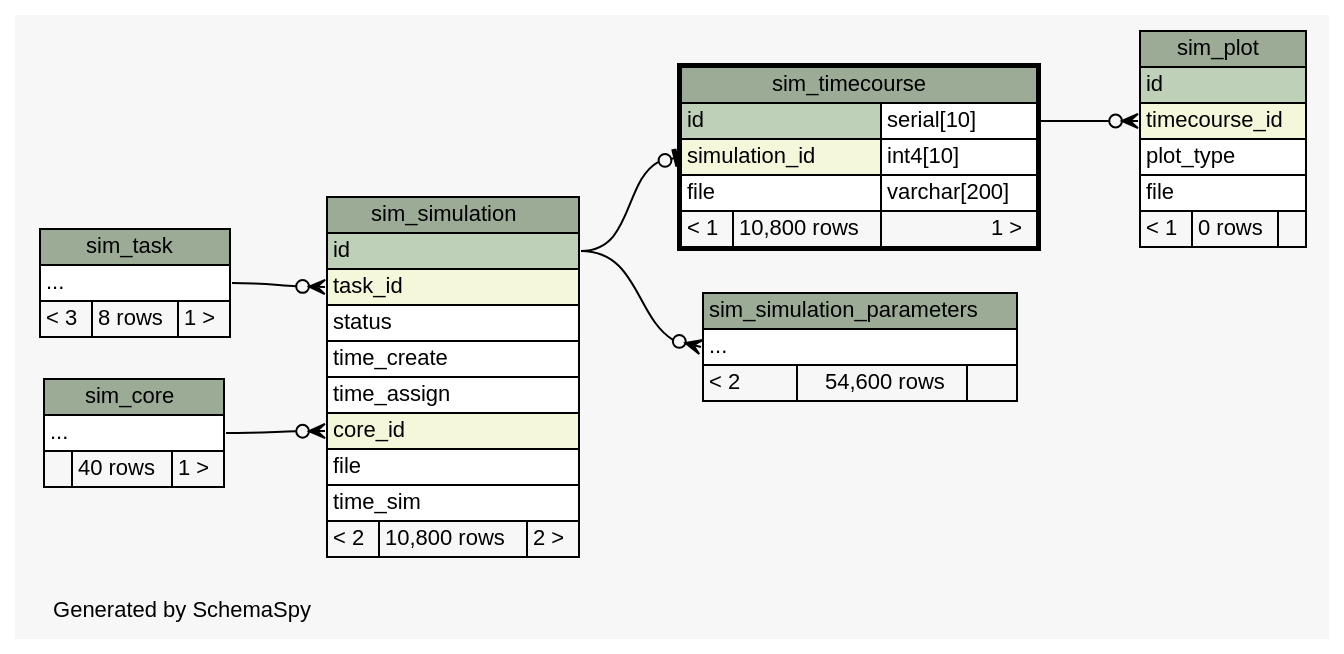
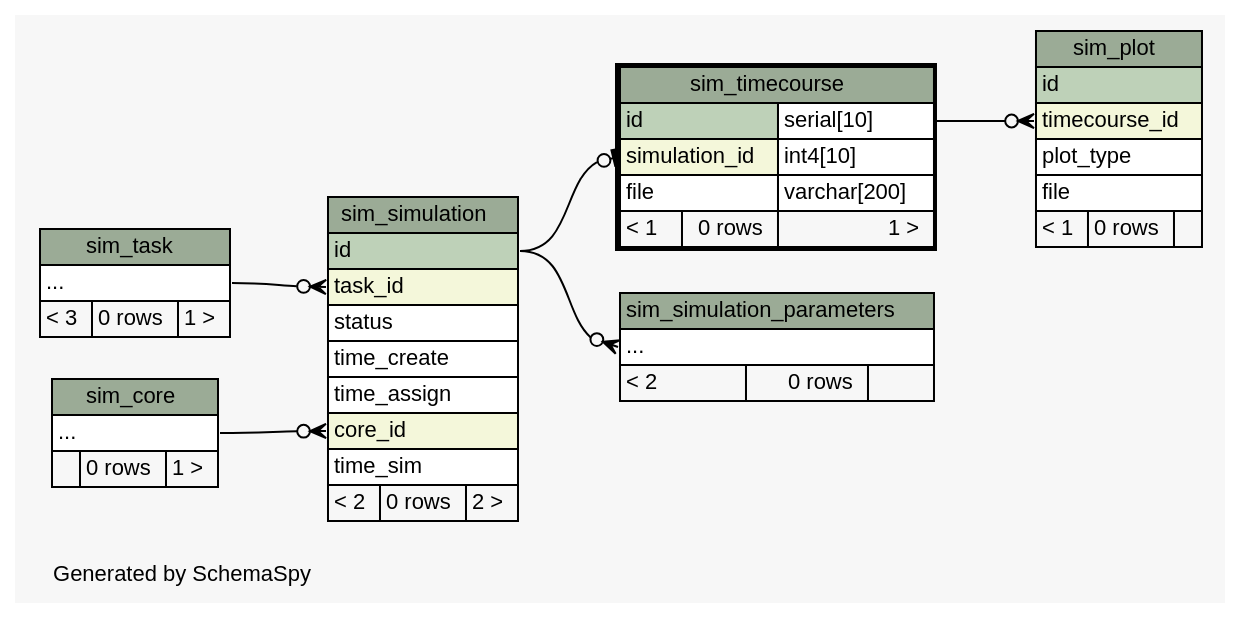
Before and after one commit to jingyayeah/multiscale-galactose: the diagram in database/schema/diagrams/sim_timecourse.2degrees.dot, drawn with Graphviz. The commit also changed 108 other files, not shown here.

Commit message:
Updated database schema for the general implementation of integration settings

```diff
--- a/database/schema/diagrams/sim_timecourse.2degrees.dot
+++ b/database/schema/diagrams/sim_timecourse.2degrees.dot
@@ -1,99 +1,98 @@
 // dot 2.26.3 on Linux 3.11.0-12-generic
 // SchemaSpy rev 590
 digraph "twoDegreesRelationshipsDiagram" {
   graph [
     rankdir="RL"
     bgcolor="#f7f7f7"
     label="\nGenerated by SchemaSpy"
     labeljust="l"
     nodesep="0.18"
     ranksep="0.46"
     fontname="Helvetica"
     fontsize="11"
   ];
   node [
     fontname="Helvetica"
     fontsize="11"
     shape="plaintext"
   ];
   edge [
     arrowsize="0.8"
   ];
   "sim_plot":"timecourse_id":w -> "sim_timecourse":"id.type":e [arrowhead=none dir=back arrowtail=crowodot];
   "sim_simulation":"core_id":w -> "sim_core":"elipses":e [arrowhead=none dir=back arrowtail=crowodot];
   "sim_simulation":"task_id":w -> "sim_task":"elipses":e [arrowhead=none dir=back arrowtail=crowodot];
   "sim_simulation_parameters":"elipses":w -> "sim_simulation":"id":e [arrowhead=none dir=back arrowtail=crowodot];
   "sim_timecourse":"simulation_id":w -> "sim_simulation":"id":e [arrowhead=none dir=back arrowtail=teeodot];
   "sim_core" [
     label=<
     <TABLE BORDER="0" CELLBORDER="1" CELLSPACING="0" BGCOLOR="#ffffff">
       <TR><TD COLSPAN="3" BGCOLOR="#9bab96" ALIGN="CENTER">sim_core</TD></TR>
       <TR><TD PORT="elipses" COLSPAN="3" ALIGN="LEFT">...</TD></TR>
-      <TR><TD ALIGN="LEFT" BGCOLOR="#f7f7f7">  </TD><TD ALIGN="RIGHT" BGCOLOR="#f7f7f7">40 rows</TD><TD ALIGN="RIGHT" BGCOLOR="#f7f7f7">1 &gt;</TD></TR>
+      <TR><TD ALIGN="LEFT" BGCOLOR="#f7f7f7">  </TD><TD ALIGN="RIGHT" BGCOLOR="#f7f7f7">0 rows</TD><TD ALIGN="RIGHT" BGCOLOR="#f7f7f7">1 &gt;</TD></TR>
     </TABLE>>
     URL="sim_core.html"
     tooltip="sim_core"
   ];
   "sim_plot" [
     label=<
     <TABLE BORDER="0" CELLBORDER="1" CELLSPACING="0" BGCOLOR="#ffffff">
       <TR><TD COLSPAN="3" BGCOLOR="#9bab96" ALIGN="CENTER">sim_plot</TD></TR>
       <TR><TD PORT="id" COLSPAN="3" BGCOLOR="#bed1b8" ALIGN="LEFT">id</TD></TR>
       <TR><TD PORT="timecourse_id" COLSPAN="3" BGCOLOR="#f4f7da" ALIGN="LEFT">timecourse_id</TD></TR>
       <TR><TD PORT="plot_type" COLSPAN="3" ALIGN="LEFT">plot_type</TD></TR>
       <TR><TD PORT="file" COLSPAN="3" ALIGN="LEFT">file</TD></TR>
       <TR><TD ALIGN="LEFT" BGCOLOR="#f7f7f7">&lt; 1</TD><TD ALIGN="RIGHT" BGCOLOR="#f7f7f7">0 rows</TD><TD ALIGN="RIGHT" BGCOLOR="#f7f7f7">  </TD></TR>
     </TABLE>>
     URL="sim_plot.html"
     tooltip="sim_plot"
   ];
   "sim_simulation" [
     label=<
     <TABLE BORDER="0" CELLBORDER="1" CELLSPACING="0" BGCOLOR="#ffffff">
       <TR><TD COLSPAN="3" BGCOLOR="#9bab96" ALIGN="CENTER">sim_simulation</TD></TR>
       <TR><TD PORT="id" COLSPAN="3" BGCOLOR="#bed1b8" ALIGN="LEFT">id</TD></TR>
       <TR><TD PORT="task_id" COLSPAN="3" BGCOLOR="#f4f7da" ALIGN="LEFT">task_id</TD></TR>
       <TR><TD PORT="status" COLSPAN="3" ALIGN="LEFT">status</TD></TR>
       <TR><TD PORT="time_create" COLSPAN="3" ALIGN="LEFT">time_create</TD></TR>
       <TR><TD PORT="time_assign" COLSPAN="3" ALIGN="LEFT">time_assign</TD></TR>
       <TR><TD PORT="core_id" COLSPAN="3" BGCOLOR="#f4f7da" ALIGN="LEFT">core_id</TD></TR>
-      <TR><TD PORT="file" COLSPAN="3" ALIGN="LEFT">file</TD></TR>
       <TR><TD PORT="time_sim" COLSPAN="3" ALIGN="LEFT">time_sim</TD></TR>
-      <TR><TD ALIGN="LEFT" BGCOLOR="#f7f7f7">&lt; 2</TD><TD ALIGN="RIGHT" BGCOLOR="#f7f7f7">10,800 rows</TD><TD ALIGN="RIGHT" BGCOLOR="#f7f7f7">2 &gt;</TD></TR>
+      <TR><TD ALIGN="LEFT" BGCOLOR="#f7f7f7">&lt; 2</TD><TD ALIGN="RIGHT" BGCOLOR="#f7f7f7">0 rows</TD><TD ALIGN="RIGHT" BGCOLOR="#f7f7f7">2 &gt;</TD></TR>
     </TABLE>>
     URL="sim_simulation.html"
     tooltip="sim_simulation"
   ];
   "sim_simulation_parameters" [
     label=<
     <TABLE BORDER="0" CELLBORDER="1" CELLSPACING="0" BGCOLOR="#ffffff">
       <TR><TD COLSPAN="3" BGCOLOR="#9bab96" ALIGN="CENTER">sim_simulation_parameters</TD></TR>
       <TR><TD PORT="elipses" COLSPAN="3" ALIGN="LEFT">...</TD></TR>
-      <TR><TD ALIGN="LEFT" BGCOLOR="#f7f7f7">&lt; 2</TD><TD ALIGN="RIGHT" BGCOLOR="#f7f7f7">54,600 rows</TD><TD ALIGN="RIGHT" BGCOLOR="#f7f7f7">  </TD></TR>
+      <TR><TD ALIGN="LEFT" BGCOLOR="#f7f7f7">&lt; 2</TD><TD ALIGN="RIGHT" BGCOLOR="#f7f7f7">0 rows</TD><TD ALIGN="RIGHT" BGCOLOR="#f7f7f7">  </TD></TR>
     </TABLE>>
     URL="sim_simulation_parameters.html"
     tooltip="sim_simulation_parameters"
   ];
   "sim_task" [
     label=<
     <TABLE BORDER="0" CELLBORDER="1" CELLSPACING="0" BGCOLOR="#ffffff">
       <TR><TD COLSPAN="3" BGCOLOR="#9bab96" ALIGN="CENTER">sim_task</TD></TR>
       <TR><TD PORT="elipses" COLSPAN="3" ALIGN="LEFT">...</TD></TR>
-      <TR><TD ALIGN="LEFT" BGCOLOR="#f7f7f7">&lt; 3</TD><TD ALIGN="RIGHT" BGCOLOR="#f7f7f7">8 rows</TD><TD ALIGN="RIGHT" BGCOLOR="#f7f7f7">1 &gt;</TD></TR>
+      <TR><TD ALIGN="LEFT" BGCOLOR="#f7f7f7">&lt; 3</TD><TD ALIGN="RIGHT" BGCOLOR="#f7f7f7">0 rows</TD><TD ALIGN="RIGHT" BGCOLOR="#f7f7f7">1 &gt;</TD></TR>
     </TABLE>>
     URL="sim_task.html"
     tooltip="sim_task"
   ];
   "sim_timecourse" [
     label=<
     <TABLE BORDER="2" CELLBORDER="1" CELLSPACING="0" BGCOLOR="#ffffff">
       <TR><TD COLSPAN="3" BGCOLOR="#9bab96" ALIGN="CENTER">sim_timecourse</TD></TR>
       <TR><TD PORT="id" COLSPAN="2" BGCOLOR="#bed1b8" ALIGN="LEFT">id</TD><TD PORT="id.type" ALIGN="LEFT">serial[10]</TD></TR>
       <TR><TD PORT="simulation_id" COLSPAN="2" BGCOLOR="#f4f7da" ALIGN="LEFT">simulation_id</TD><TD PORT="simulation_id.type" ALIGN="LEFT">int4[10]</TD></TR>
       <TR><TD PORT="file" COLSPAN="2" ALIGN="LEFT">file</TD><TD PORT="file.type" ALIGN="LEFT">varchar[200]</TD></TR>
-      <TR><TD ALIGN="LEFT" BGCOLOR="#f7f7f7">&lt; 1</TD><TD ALIGN="RIGHT" BGCOLOR="#f7f7f7">10,800 rows</TD><TD ALIGN="RIGHT" BGCOLOR="#f7f7f7">1 &gt;</TD></TR>
+      <TR><TD ALIGN="LEFT" BGCOLOR="#f7f7f7">&lt; 1</TD><TD ALIGN="RIGHT" BGCOLOR="#f7f7f7">0 rows</TD><TD ALIGN="RIGHT" BGCOLOR="#f7f7f7">1 &gt;</TD></TR>
     </TABLE>>
     URL="sim_timecourse.html"
     tooltip="sim_timecourse"
   ];
 }
```
